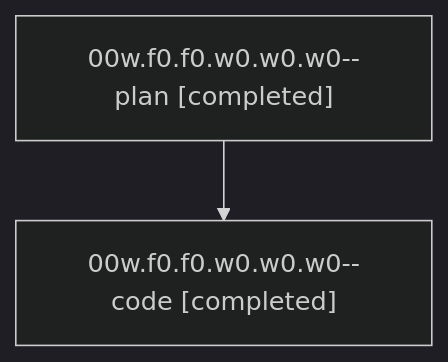
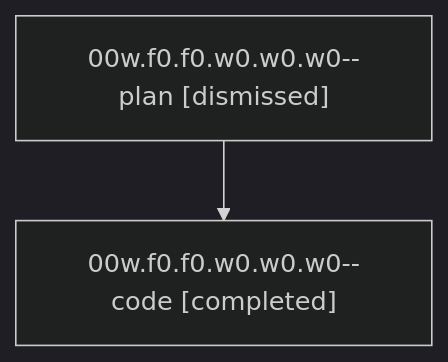
One commit to bobs-org/bob-cli--agents changed the diagram in families/bbugyi200.athena.00w.f0.f0.w0.w0.w0.md. Above: the diagram before and after it, drawn with Mermaid (dark theme). The commit also changed other lines of this file and 265 other files, not shown here.

````diff
--- a/families/bbugyi200.athena.00w.f0.f0.w0.w0.w0.md
+++ b/families/bbugyi200.athena.00w.f0.f0.w0.w0.w0.md
@@ -9,6 +9,6 @@
 ```mermaid
 flowchart TD
-  n0["00w.f0.f0.w0.w0.w0--plan [completed]"]
+  n0["00w.f0.f0.w0.w0.w0--plan [dismissed]"]
   n1["00w.f0.f0.w0.w0.w0--code [completed]"]
   n0 --> n1
 ```
````
